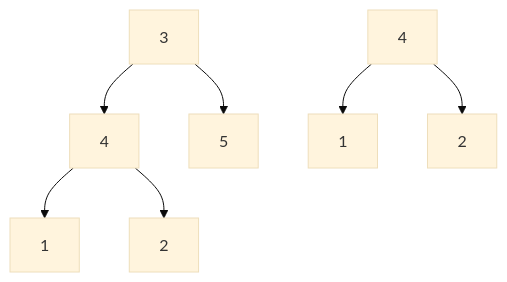
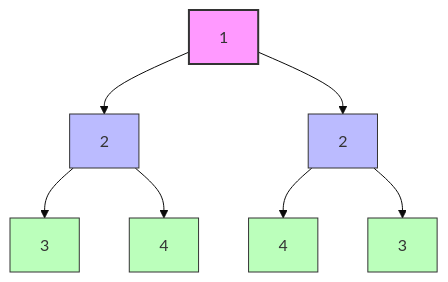
The first of 4 diagrams in src/modules/algorithm/seed/algorithms/binary-tree-compare/lessons/006_related_problems.md (ClaudiuBogdan/musclecode-backend-main-service), drawn with Mermaid (base theme) before and after one commit. The commit also changed other lines of this file and 90 other files, not shown here.

````diff
--- a/src/modules/algorithm/seed/algorithms/binary-tree-compare/lessons/006_related_problems.md
+++ b/src/modules/algorithm/seed/algorithms/binary-tree-compare/lessons/006_related_problems.md
@@ -13,10 +29,17 @@
 ```mermaid
 graph TD;
-    A1[3] --> B1[4]
-    A1 --> C1[5]
-    B1 --> D1[1]
-    B1 --> E1[2]
+    A[1] --> B[2]
+    A --> C[2]
+    B --> D[3]
+    B --> E[4]
+    C --> F[4]
+    C --> G[3]
     
-    A2[4] --> B2[1]
-    A2 --> C2[2]
+    style A fill:#f9f,stroke:#333,stroke-width:2px
+    style B fill:#bbf,stroke:#333,stroke-width:1px
+    style C fill:#bbf,stroke:#333,stroke-width:1px
+    style D fill:#bfb,stroke:#333,stroke-width:1px
+    style E fill:#bfb,stroke:#333,stroke-width:1px
+    style F fill:#bfb,stroke:#333,stroke-width:1px
+    style G fill:#bfb,stroke:#333,stroke-width:1px
 ```
````
